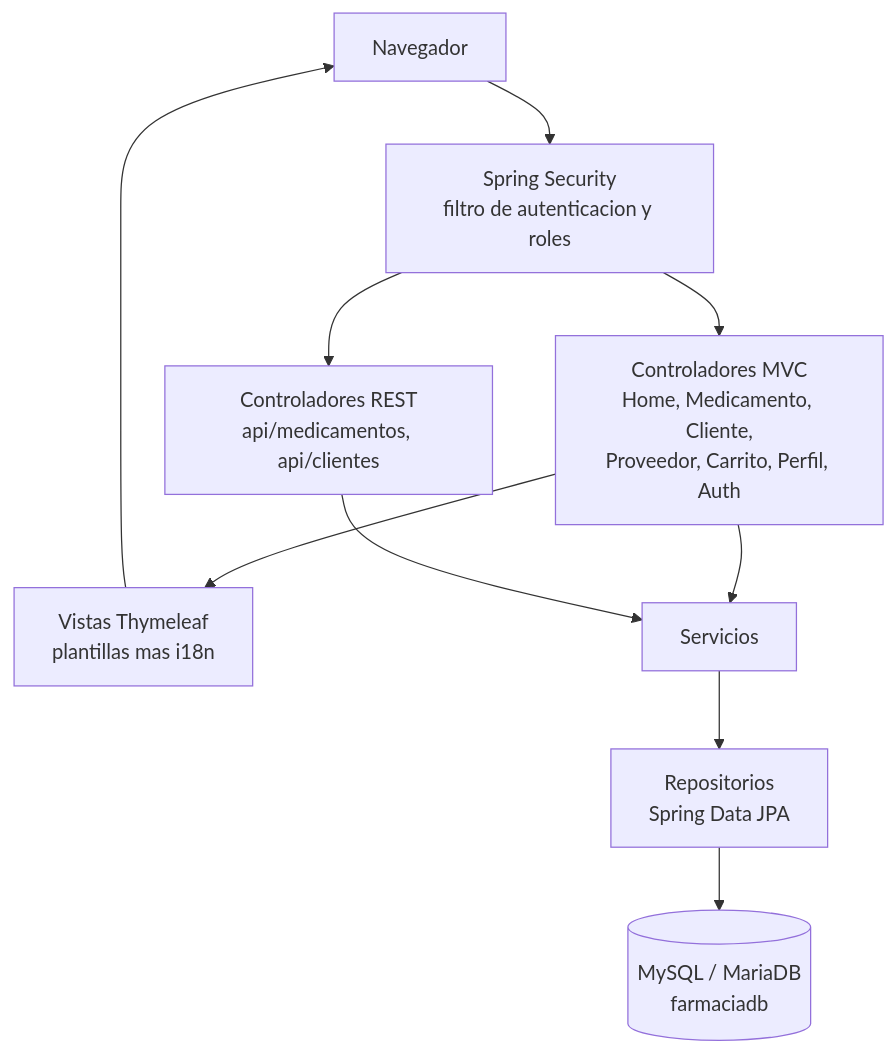
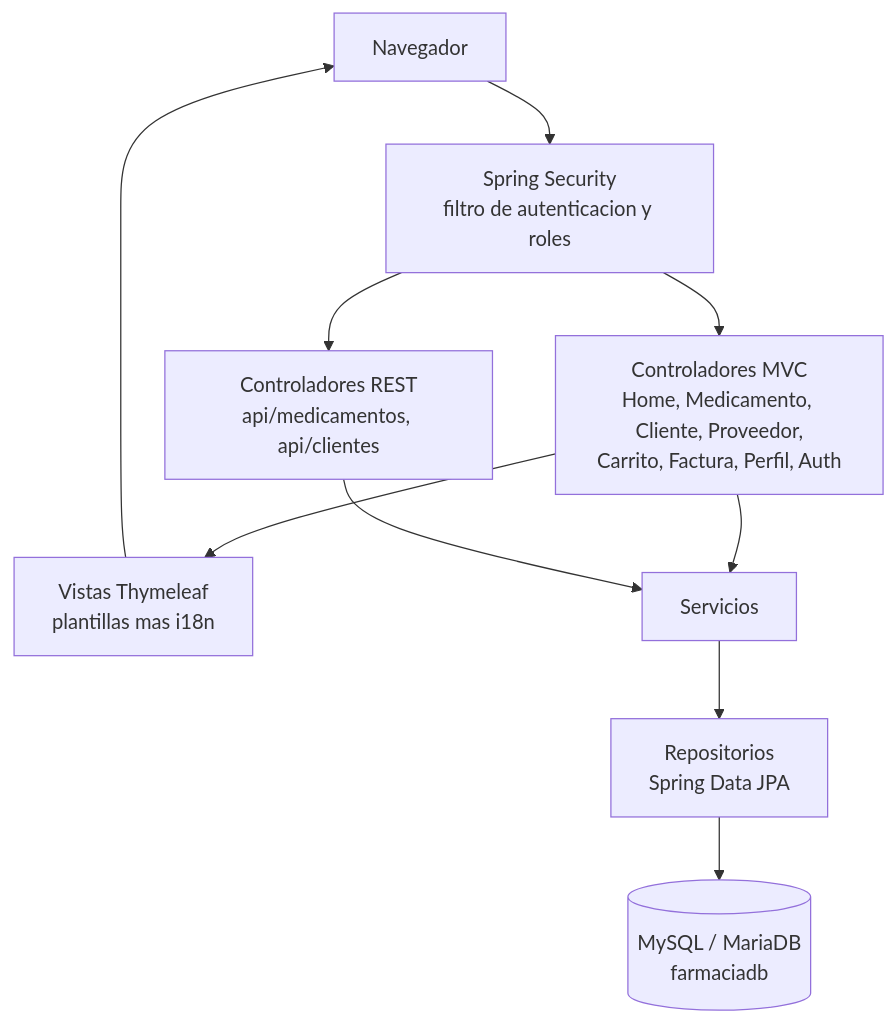
One commit to AndrosR16/ProyectoFinal changed the diagram in README.md. Above: the diagram before and after it, drawn with Mermaid. The commit also changed other lines of this file and 64 other files, not shown here.

````diff
--- a/README.md
+++ b/README.md
@@ -86,12 +87,12 @@
 ```mermaid
 graph TD
     N["Navegador"] --> SEC["Spring Security<br/>filtro de autenticacion y roles"]
-    SEC --> MVC["Controladores MVC<br/>Home, Medicamento, Cliente,<br/>Proveedor, Carrito, Perfil, Auth"]
+    SEC --> MVC["Controladores MVC<br/>Home, Medicamento, Cliente, Proveedor,<br/>Carrito, Factura, Perfil, Auth"]
     SEC --> API["Controladores REST<br/>api/medicamentos, api/clientes"]
     MVC --> V["Vistas Thymeleaf<br/>plantillas mas i18n"]
     MVC --> S["Servicios"]
     API --> S
     S --> R["Repositorios<br/>Spring Data JPA"]
     R --> DB[("MySQL / MariaDB<br/>farmaciadb")]
     V --> N
 ```
````
